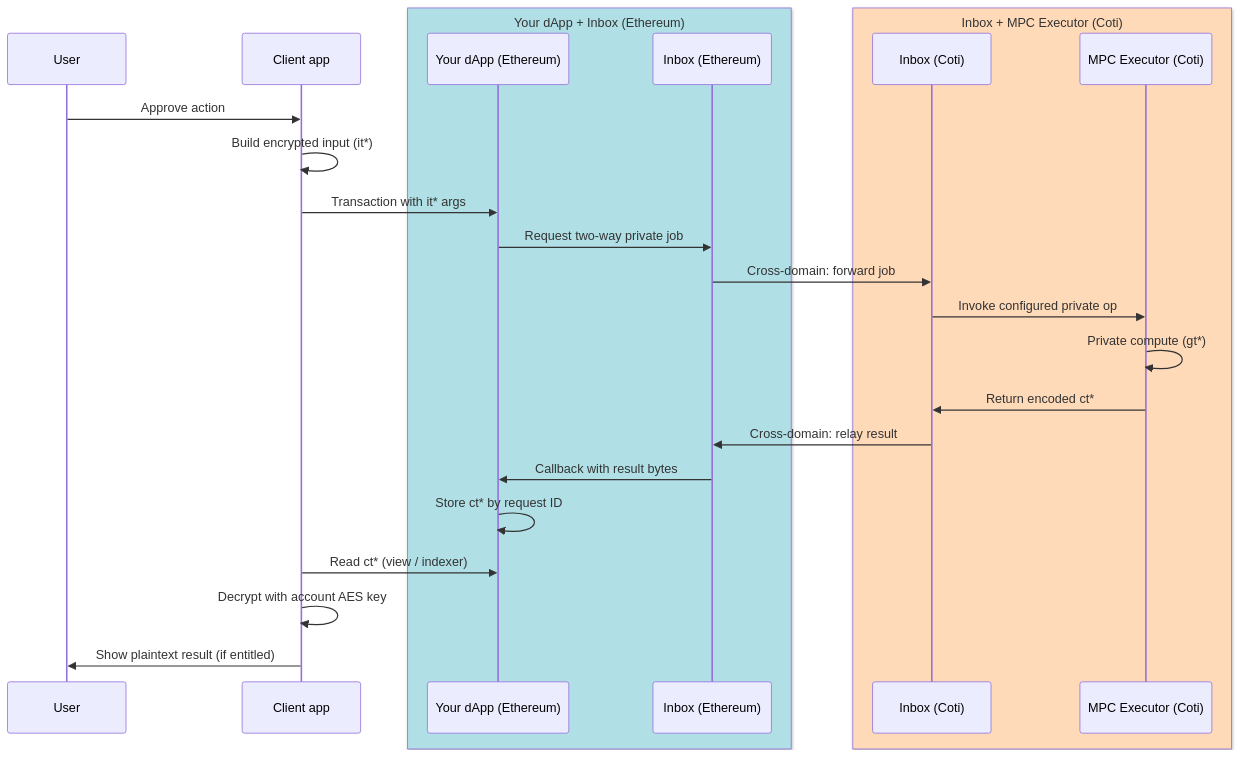
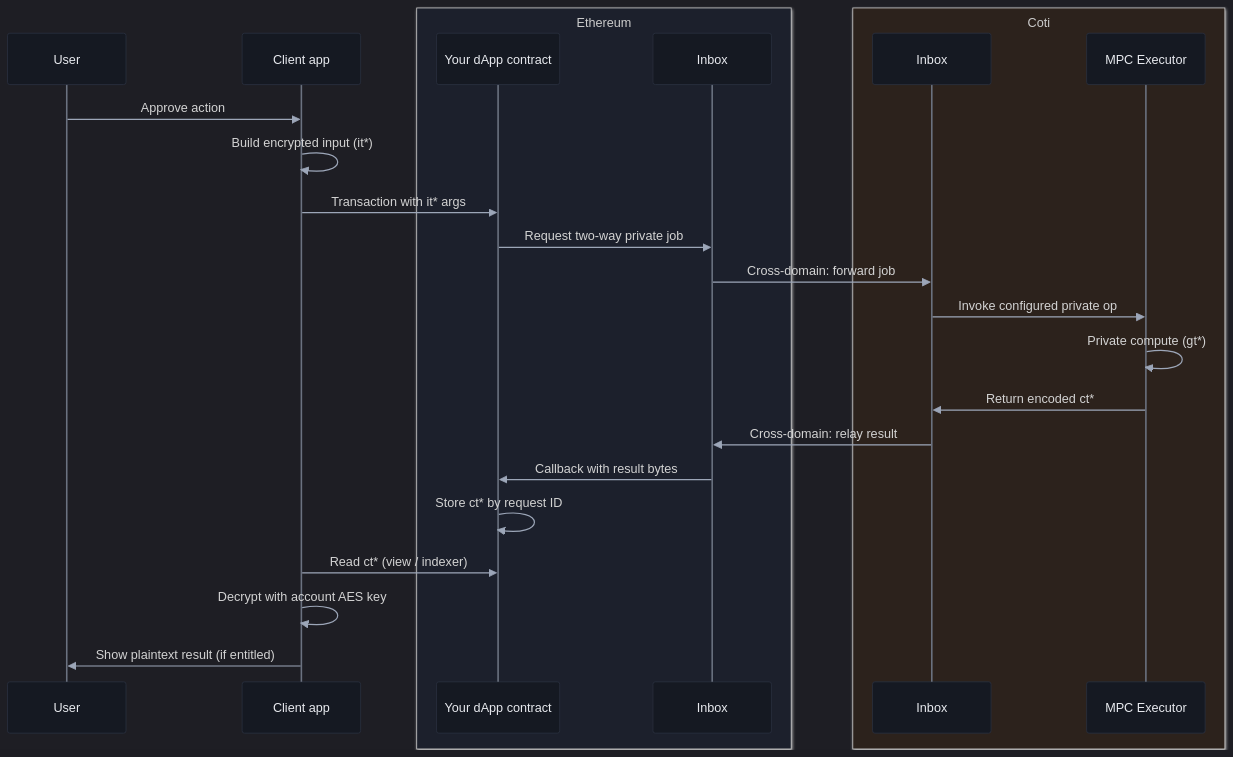
One commit to naiemk-coti/documentation changed the diagram in privacy-on-demand/how-a-private-request-travels-end-to-end.md. Above: the diagram before and after it, drawn with Mermaid. The commit also changed other lines of this file, not shown here.

Commit message:
Update the coloring in how-a-private-request-travels-end-to-end.md

````diff
--- a/privacy-on-demand/how-a-private-request-travels-end-to-end.md
+++ b/privacy-on-demand/how-a-private-request-travels-end-to-end.md
@@ -33,28 +33,46 @@
 ```mermaid
+%%{init: {
+  'theme': 'dark',
+  'themeVariables': {
+    'background': '#0b0d11',
+    'actorBkg': '#151922',
+    'actorBorder': '#2a3140',
+    'actorTextColor': '#e8eaef',
+    'actorLineColor': '#6b7280',
+    'signalColor': '#9ca6b8',
+    'sequenceNumberColor': '#9ca6b8',
+    'labelBoxBkgColor': '#151922',
+    'labelTextColor': '#e8eaef',
+    'loopTextColor': '#e8eaef',
+    'noteTextColor': '#e8eaef',
+    'noteBkgColor': '#1c2230',
+    'noteBorderColor': '#2a3140'
+  }
+}}%%
 sequenceDiagram
     participant User as User
     participant Client as Client app
-    box PowderBlue Your dApp + Inbox (Ethereum)
-        participant Dapp as Your dApp (Ethereum)
-        participant InboxEvm as Inbox (Ethereum)
+    box rgb(28, 32, 44)  Ethereum
+        participant Dapp as Your dApp contract
+        participant InboxEvm as Inbox
     end
-    box PeachPuff Inbox + MPC Executor (Coti)
-        participant InboxCoti as Inbox (Coti)
-        participant Exec as MPC Executor (Coti)
+    box rgb(44, 34, 28) Coti
+        participant InboxCoti as Inbox
+        participant Exec as MPC Executor
     end
 
     User->>Client: Approve action
     Client->>Client: Build encrypted input (it*)
     Client->>Dapp: Transaction with it* args
     Dapp->>InboxEvm: Request two-way private job
     InboxEvm->>InboxCoti: Cross-domain: forward job
     InboxCoti->>Exec: Invoke configured private op
     Exec->>Exec: Private compute (gt*)
     Exec->>InboxCoti: Return encoded ct*
     InboxCoti->>InboxEvm: Cross-domain: relay result
     InboxEvm->>Dapp: Callback with result bytes
     Dapp->>Dapp: Store ct* by request ID
     Client->>Dapp: Read ct* (view / indexer)
     Client->>Client: Decrypt with account AES key
     Client->>User: Show plaintext result (if entitled)
 ```
````
